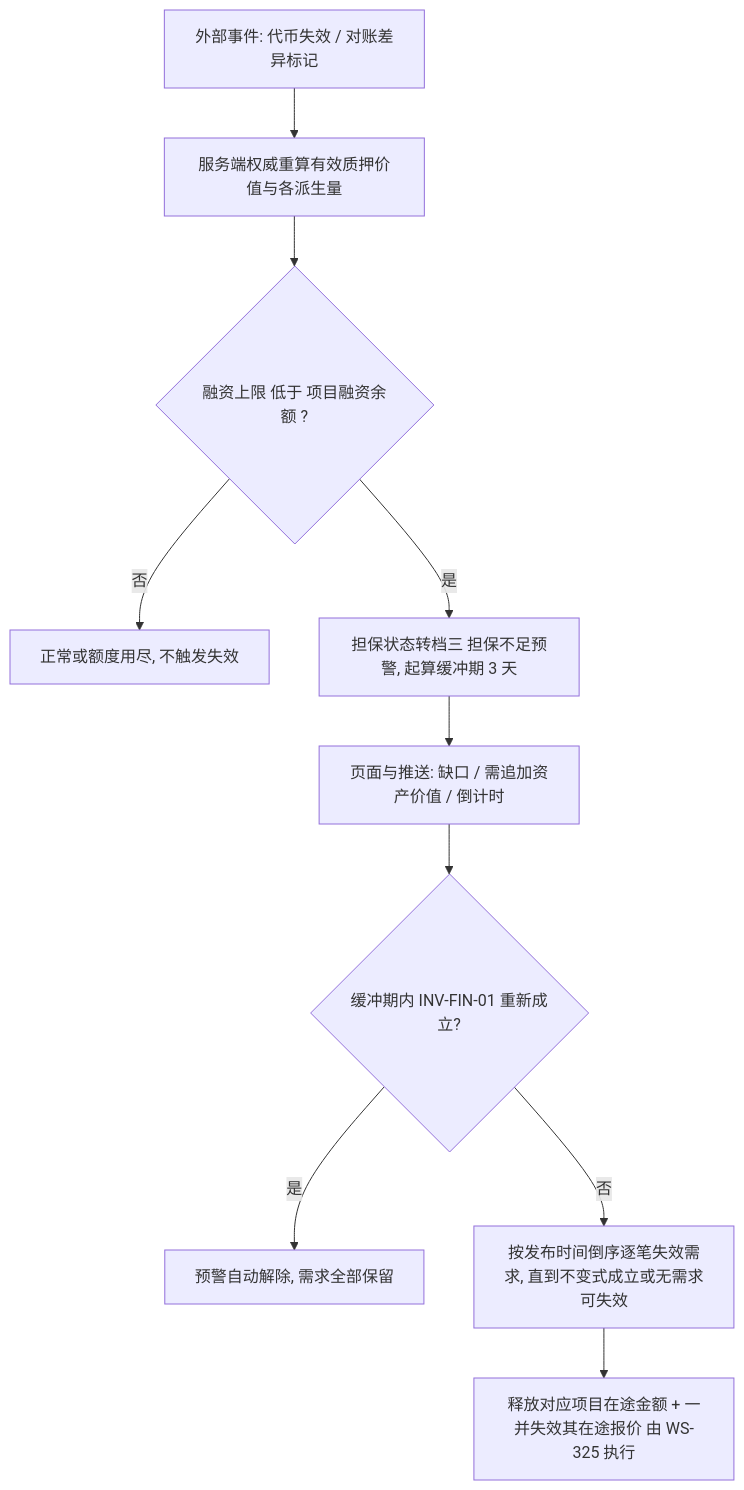
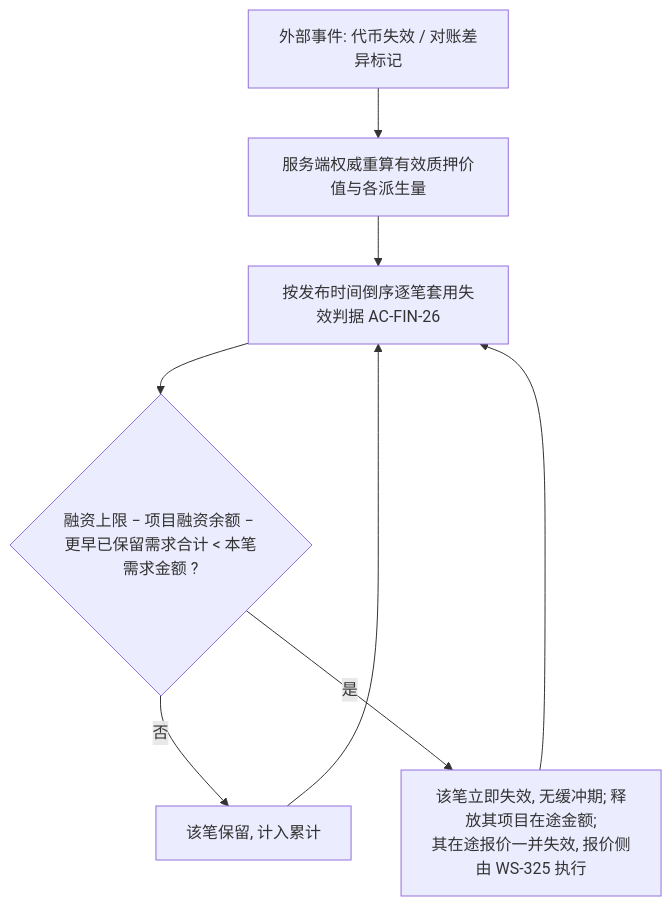
Before and after one commit to wxblockchain/Chain-Financing: the third of 4 diagrams in financial-service-platform/prd/v1.0-借贷广场-融资需求与代币质押/v1.0-借贷广场-融资需求与代币质押-PRD.md, drawn with Mermaid. The commit also changed other lines of this file and 1 other file, not shown here.

````diff
--- a/financial-service-platform/prd/v1.0-借贷广场-融资需求与代币质押/v1.0-借贷广场-融资需求与代币质押-PRD.md
+++ b/financial-service-platform/prd/v1.0-借贷广场-融资需求与代币质押/v1.0-借贷广场-融资需求与代币质押-PRD.md
@@ -204,12 +206,8 @@
 ```mermaid
 flowchart TD
   A[外部事件: 代币失效 / 对账差异标记] --> B[服务端权威重算有效质押价值与各派生量]
-  B --> C{融资上限 低于 项目融资余额 ?}
-  C -- 否 --> D[正常或额度用尽, 不触发失效]
-  C -- 是 --> E[担保状态转档三 担保不足预警, 起算缓冲期 3 天]
-  E --> F[页面与推送: 缺口 / 需追加资产价值 / 倒计时]
-  F --> G{缓冲期内 INV-FIN-01 重新成立?}
-  G -- 是 --> H[预警自动解除, 需求全部保留]
-  G -- 否 --> I[按发布时间倒序逐笔失效需求, 直到不变式成立或无需求可失效]
-  I --> J[释放对应项目在途金额 + 一并失效其在途报价 由 WS-325 执行]
+  B --> C[按发布时间倒序逐笔套用失效判据 AC-FIN-26]
+  C --> D{融资上限 − 项目融资余额 − 更早已保留需求合计 < 本笔需求金额 ?}
+  D -- 否 --> E[该笔保留, 计入累计] --> C
+  D -- 是 --> F[该笔立即失效, 无缓冲期; 释放其项目在途金额;<br/>其在途报价一并失效, 报价侧由 WS-325 执行] --> C
 ```
````
